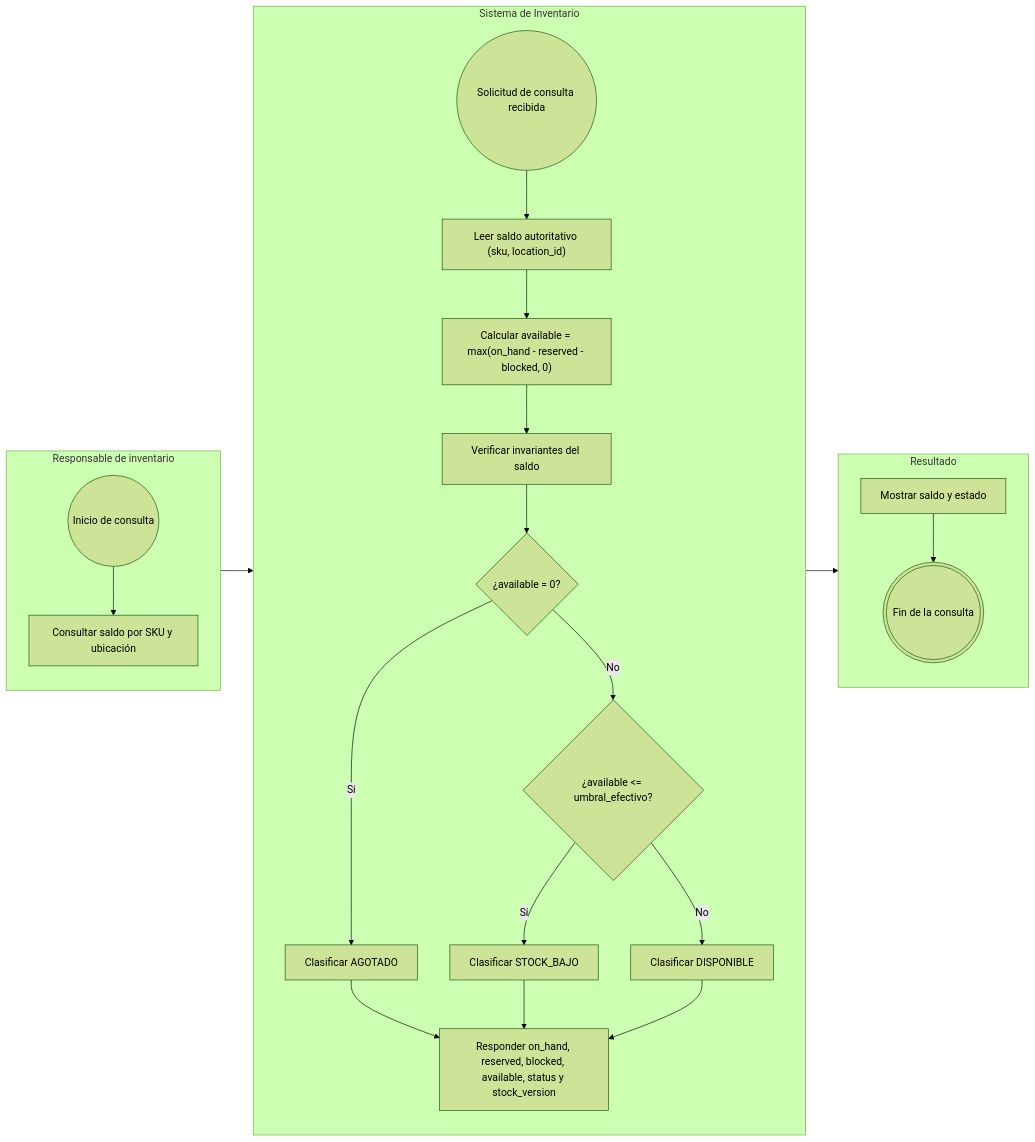
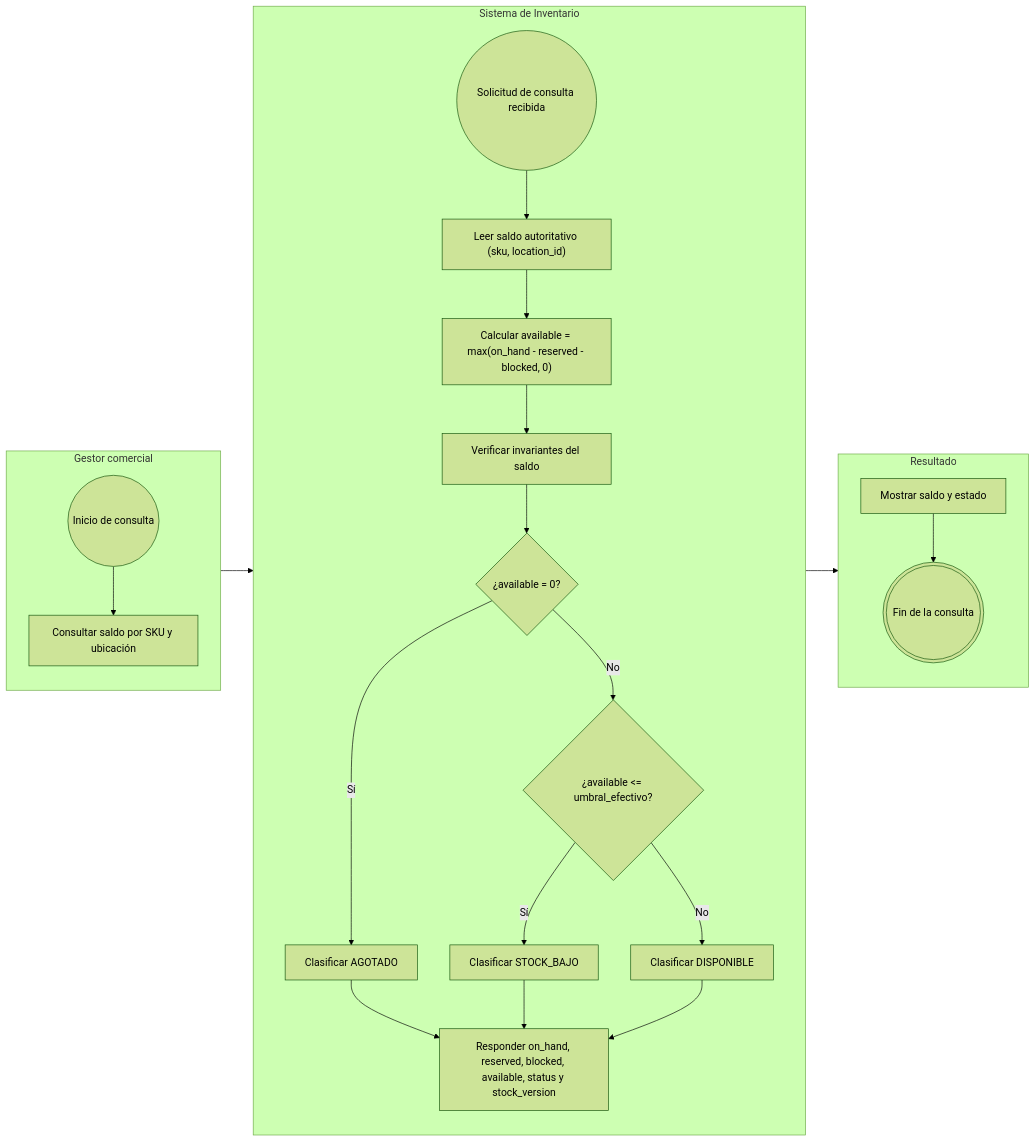
The first of 10 diagrams in flujos/FLOW-015-control-stock-disponibilidad.md (Taller-SW-Web/G6-Productos-Ofertas-docs), drawn with Mermaid (forest theme) before and after one commit. The commit also changed other lines of this file and 9 other files, not shown here.

Commit message:
docs(castilla): aplicar correcciones P0 de actores canonicos y diagramas C4

````diff
--- a/flujos/FLOW-015-control-stock-disponibilidad.md
+++ b/flujos/FLOW-015-control-stock-disponibilidad.md
@@ -37,44 +37,44 @@
 ```mermaid
 flowchart LR
-    subgraph RESP["Responsable de inventario"]
+    subgraph GESTOR["Gestor comercial"]
         direction TB
         INICIO((Inicio de consulta))
         A1["Consultar saldo por SKU y ubicación"]
     end
 
     subgraph INV["Sistema de Inventario"]
         direction TB
         E1(("Solicitud de consulta recibida"))
         A2["Leer saldo autoritativo (sku, location_id)"]
         A3["Calcular available = max(on_hand - reserved - blocked, 0)"]
         A4["Verificar invariantes del saldo"]
         D1{"¿available = 0?"}
         D2{"¿available <= umbral_efectivo?"}
         A5["Clasificar AGOTADO"]
         A6["Clasificar STOCK_BAJO"]
         A7["Clasificar DISPONIBLE"]
         A8["Responder on_hand, reserved, blocked, available, status y stock_version"]
     end
 
     subgraph RES["Resultado"]
         direction TB
         F1["Mostrar saldo y estado"]
         FIN(((Fin de la consulta)))
     end
 
     INICIO --> A1
     A1 --> E1
     E1 --> A2
     A2 --> A3
     A3 --> A4
     A4 --> D1
     D1 -->|"Sí"| A5
     D1 -->|"No"| D2
     D2 -->|"Sí"| A6
     D2 -->|"No"| A7
     A5 --> A8
     A6 --> A8
     A7 --> A8
     A8 --> F1
     F1 --> FIN
 ```
````
